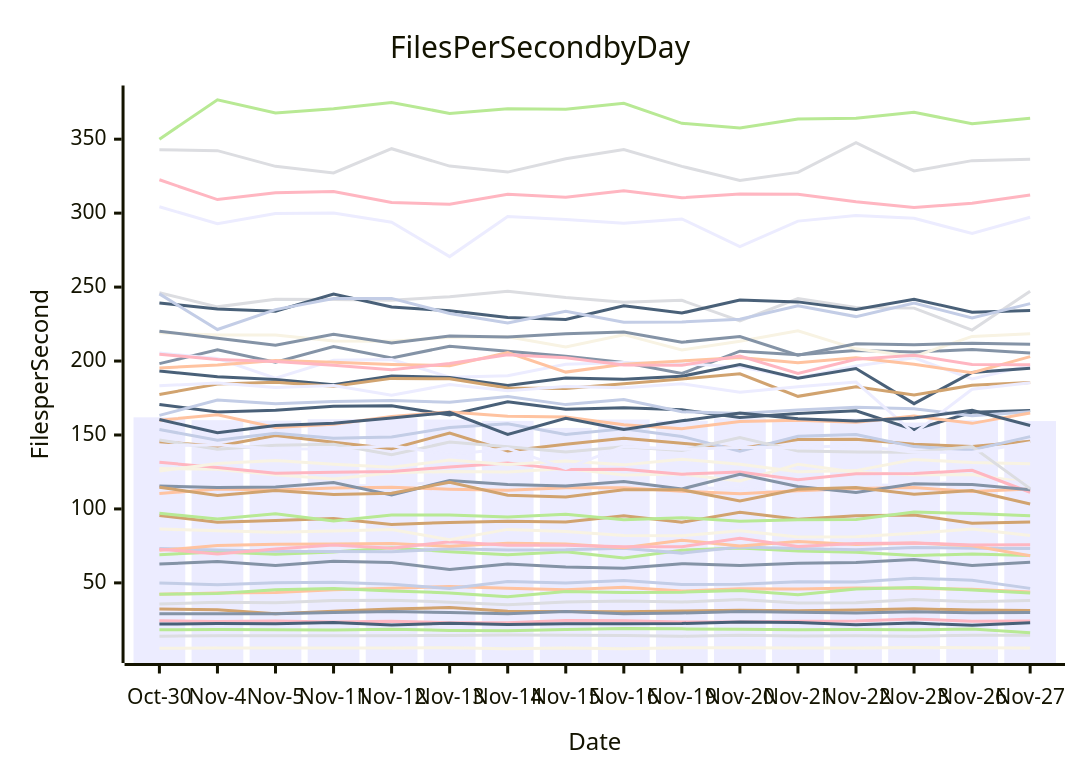
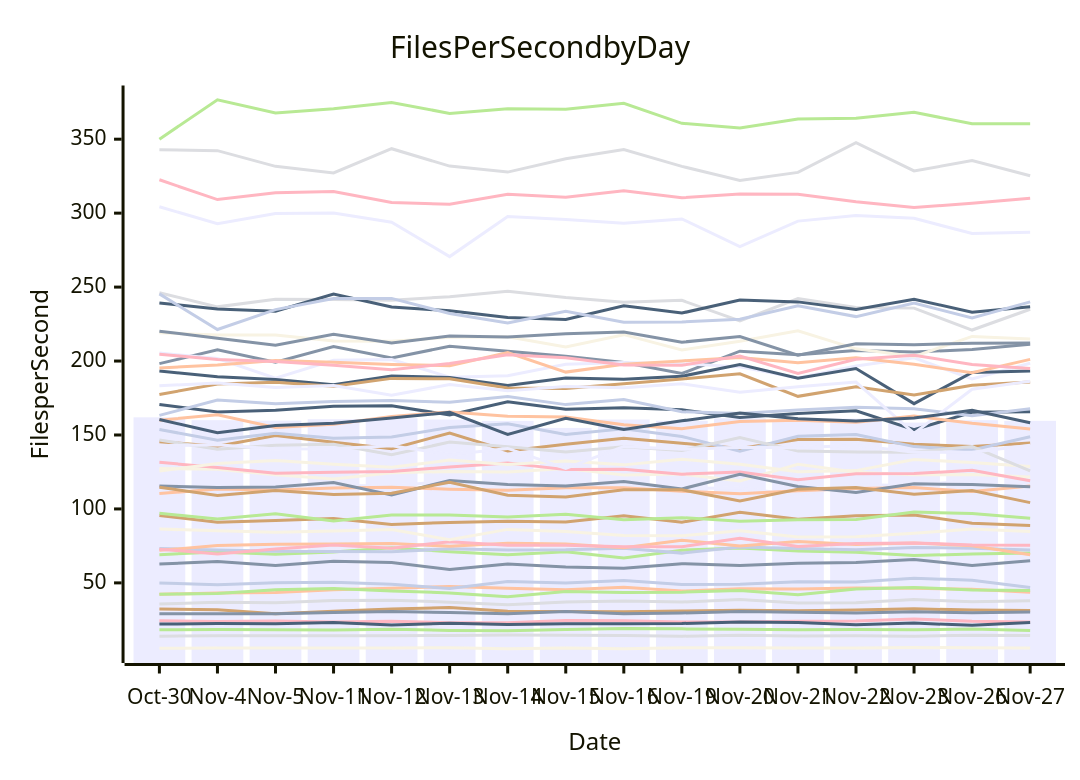
Before and after one commit to streetsidesoftware/cspell: the diagram in perf-report.md, drawn with Mermaid. The commit also changed other lines of this file and 1 other file, not shown here.

````diff
--- a/perf-report.md
+++ b/perf-report.md
@@ -10,57 +10,57 @@
 ```mermaid
 xychart-beta
     title Files Per Second by Day
     y-axis Files per Second
     x-axis Date [Oct-30, Nov-4, Nov-5, Nov-11, Nov-12, Nov-13, Nov-14, Nov-15, Nov-16, Nov-19, Nov-20, Nov-21, Nov-22, Nov-23, Nov-26, Nov-27]
-    bar [161.94, 160.02, 159.72, 160.65, 161.35, 160.47, 159.54, 154.79, 160.46, 159.61, 161.30, 160.06, 161.07, 158.38, 160.01, 159.41]
-    line [198.27, 207.58, 199.26, 209.84, 202.01, 209.99, 206.66, 203.31, 199.00, 191.59, 206.65, 204.27, 207.11, 206.14, 207.83, 205.36]
-    line [42.25, 43.22, 43.49, 45.34, 46.46, 47.61, 46.36, 45.42, 47.07, 44.45, 46.03, 45.93, 46.58, 46.39, 45.62, 43.78]
-    line [13.97, 14.18, 14.33, 14.26, 14.23, 14.49, 14.71, 14.55, 14.39, 13.95, 14.60, 14.17, 14.18, 13.95, 14.61, 14.56]
-    line [18.25, 18.44, 18.38, 18.23, 18.67, 17.83, 17.56, 18.43, 19.15, 18.91, 18.65, 18.27, 18.52, 18.27, 18.83, 16.23]
-    line [95.53, 91.04, 92.11, 93.46, 89.53, 90.84, 91.64, 91.15, 95.31, 91.02, 97.72, 93.01, 95.37, 95.97, 90.32, 91.15]
-    line [49.99, 48.68, 50.03, 50.42, 49.00, 46.22, 50.88, 49.95, 51.56, 48.83, 49.01, 50.78, 50.67, 53.20, 51.79, 46.30]
-    line [24.43, 23.95, 24.20, 23.49, 24.08, 23.00, 23.06, 24.50, 24.34, 23.62, 23.53, 24.02, 24.23, 25.56, 24.09, 24.15]
-    line [22.12, 22.59, 22.34, 23.16, 21.54, 22.68, 21.85, 22.43, 22.45, 22.56, 23.60, 23.23, 21.70, 22.82, 21.29, 23.04]
-    line [127.28, 126.86, 123.18, 120.25, 124.45, 125.35, 124.99, 127.41, 122.93, 123.56, 118.96, 130.24, 124.88, 123.12, 123.27, 117.58]
-    line [117.43, 111.89, 115.01, 116.13, 115.22, 119.08, 113.54, 116.51, 115.21, 113.92, 114.16, 109.46, 116.44, 115.65, 119.47, 117.91]
-    line [62.75, 64.51, 61.69, 64.67, 63.79, 59.02, 62.70, 60.80, 59.91, 63.00, 61.76, 63.34, 63.78, 65.76, 61.80, 63.94]
-    line [110.40, 113.53, 112.85, 114.15, 114.65, 113.36, 112.62, 114.36, 114.33, 111.99, 110.22, 112.37, 113.80, 114.46, 111.80, 113.50]
-    line [35.71, 36.86, 36.50, 38.05, 38.19, 36.99, 35.25, 37.09, 37.76, 37.04, 38.77, 36.43, 36.55, 38.70, 37.18, 38.15]
-    line [69.09, 70.86, 69.37, 70.88, 73.81, 71.09, 69.11, 71.10, 66.81, 72.11, 73.56, 71.52, 70.73, 68.53, 69.45, 68.52]
-    line [145.45, 142.42, 149.63, 145.08, 140.78, 151.35, 139.20, 143.75, 147.85, 144.42, 140.89, 146.99, 147.16, 143.68, 142.26, 145.76]
-    line [73.22, 72.23, 71.32, 71.25, 71.08, 73.06, 72.16, 72.33, 73.39, 70.13, 74.26, 73.25, 72.41, 73.90, 73.49, 73.18]
-    line [131.49, 128.05, 124.13, 124.73, 125.27, 128.39, 131.06, 126.59, 126.76, 123.53, 124.94, 119.79, 123.77, 123.92, 126.14, 111.29]
-    line [170.61, 165.61, 166.70, 169.45, 169.81, 163.46, 172.46, 167.41, 168.34, 167.09, 161.78, 164.45, 166.41, 153.59, 165.34, 166.49]
-    line [125.70, 130.73, 132.76, 130.23, 128.16, 133.01, 129.97, 132.49, 129.80, 133.61, 130.16, 125.21, 125.92, 133.37, 131.47, 130.52]
-    line [205.39, 201.71, 188.42, 200.46, 201.07, 189.10, 190.06, 197.82, 199.09, 198.24, 196.06, 188.63, 196.64, 202.22, 187.96, 197.07]
-    line [115.50, 114.45, 114.87, 117.85, 109.38, 119.29, 116.46, 115.59, 118.49, 113.54, 123.36, 115.17, 111.11, 117.00, 116.48, 112.98]
-    line [72.03, 75.21, 76.09, 76.34, 76.58, 74.79, 76.80, 76.30, 73.76, 78.85, 74.91, 77.93, 75.92, 76.91, 75.07, 68.36]
-    line [246.20, 236.64, 241.81, 241.59, 241.14, 243.55, 247.17, 242.91, 239.70, 241.02, 227.21, 242.23, 236.13, 235.78, 220.97, 247.14]
-    line [97.05, 93.17, 96.79, 91.80, 95.95, 95.87, 94.48, 96.44, 92.65, 94.10, 91.76, 92.63, 92.88, 97.96, 96.91, 95.33]
-    line [32.41, 31.83, 29.14, 30.76, 32.43, 33.35, 30.87, 30.71, 30.55, 30.97, 31.56, 31.09, 31.75, 32.47, 31.60, 31.36]
-    line [163.25, 173.61, 171.18, 172.63, 173.35, 172.14, 176.09, 170.54, 174.05, 165.70, 164.60, 166.98, 168.69, 167.81, 163.00, 165.72]
-    line [72.80, 69.62, 72.93, 75.62, 73.39, 77.86, 75.46, 75.53, 74.48, 74.42, 80.12, 74.68, 76.58, 77.00, 75.69, 75.77]
-    line [193.23, 189.38, 187.47, 183.93, 189.93, 188.83, 183.53, 188.50, 187.66, 189.71, 197.63, 188.37, 194.96, 171.19, 192.32, 195.17]
-    line [219.14, 217.54, 217.64, 213.57, 213.32, 216.11, 216.43, 209.55, 217.83, 207.54, 213.34, 220.45, 208.25, 203.01, 216.67, 218.50]
-    line [304.34, 292.89, 299.81, 300.08, 293.90, 270.62, 297.75, 295.78, 293.19, 296.08, 277.37, 294.62, 298.41, 296.48, 286.19, 297.22]
-    line [29.14, 29.07, 29.19, 29.96, 30.60, 29.98, 29.13, 30.65, 29.20, 29.66, 30.68, 30.21, 29.67, 30.46, 29.86, 29.96]
-    line [195.27, 197.35, 200.31, 199.19, 197.63, 196.85, 205.77, 192.52, 197.76, 200.10, 202.32, 198.81, 202.16, 197.78, 192.08, 202.97]
-    line [342.79, 342.26, 331.64, 327.21, 343.58, 331.81, 327.76, 336.79, 342.94, 331.62, 322.15, 327.54, 347.69, 328.52, 335.50, 336.44]
-    line [42.24, 42.88, 45.37, 46.20, 44.50, 43.23, 40.60, 44.15, 43.48, 43.70, 44.83, 41.94, 45.87, 46.91, 45.25, 43.16]
-    line [177.36, 184.49, 185.72, 182.94, 188.28, 187.98, 181.73, 181.49, 184.66, 187.81, 191.42, 176.14, 182.60, 177.02, 183.57, 185.47]
-    line [153.73, 146.39, 151.10, 147.79, 148.60, 155.08, 157.59, 150.36, 154.26, 148.98, 139.01, 149.20, 150.38, 142.14, 139.88, 148.91]
-    line [204.60, 201.12, 199.63, 197.18, 194.05, 198.31, 204.17, 202.23, 197.34, 197.09, 203.42, 191.56, 201.26, 203.88, 197.62, 197.55]
-    line [239.32, 235.17, 233.67, 245.24, 236.50, 233.98, 229.39, 228.12, 237.34, 232.45, 241.31, 240.00, 234.88, 241.77, 233.01, 234.17]
-    line [5.80, 6.05, 5.91, 5.92, 6.05, 6.23, 5.47, 5.95, 5.52, 6.13, 6.21, 6.06, 6.00, 6.29, 6.16, 6.04]
-    line [183.23, 185.22, 182.14, 183.42, 176.89, 184.07, 179.92, 182.71, 181.97, 184.63, 178.93, 182.57, 185.79, 151.12, 180.91, 185.40]
-    line [220.21, 215.36, 210.66, 218.14, 212.13, 216.95, 216.28, 218.40, 219.59, 212.75, 216.58, 203.96, 211.74, 210.99, 212.04, 211.30]
-    line [160.02, 163.60, 155.05, 157.20, 162.55, 165.62, 162.61, 162.23, 156.96, 154.28, 159.13, 159.89, 158.58, 162.75, 157.87, 164.87]
-    line [146.59, 140.40, 143.02, 143.74, 136.69, 145.20, 142.11, 138.52, 142.01, 139.48, 148.36, 139.11, 138.55, 138.37, 142.22, 113.76]
-    line [349.95, 376.67, 367.68, 370.64, 374.87, 367.41, 370.51, 370.21, 374.24, 360.74, 357.55, 363.60, 364.19, 368.22, 360.42, 364.10]
-    line [114.69, 109.15, 112.48, 109.72, 110.55, 118.02, 109.29, 108.02, 112.93, 112.97, 105.44, 113.26, 114.47, 109.88, 112.40, 103.40]
-    line [245.41, 221.31, 234.75, 242.27, 242.37, 232.19, 225.67, 233.72, 226.18, 226.48, 228.27, 237.35, 230.05, 239.20, 229.08, 238.84]
-    line [322.55, 309.17, 313.73, 314.69, 307.18, 306.00, 312.70, 310.78, 315.06, 310.37, 312.90, 312.74, 307.69, 303.77, 306.69, 312.34]
-    line [160.48, 151.46, 156.36, 158.02, 161.56, 165.28, 150.34, 161.29, 153.65, 159.58, 164.91, 160.94, 159.52, 161.45, 166.78, 156.44]
-    line [86.40, 85.26, 84.18, 85.13, 86.07, 79.22, 86.18, 84.80, 82.10, 81.80, 85.25, 80.99, 81.28, 83.53, 86.46, 82.01]
-    line [142.74, 143.48, 140.52, 140.72, 142.75, 136.72, 140.92, 127.38, 142.26, 140.32, 141.64, 141.43, 143.12, 138.28, 138.39, 144.77]
+    bar [161.94, 160.02, 159.72, 160.65, 161.35, 160.47, 159.54, 154.79, 160.46, 159.61, 161.30, 160.06, 161.07, 158.38, 160.01, 159.58]
+    line [198.27, 207.58, 199.26, 209.84, 202.01, 209.99, 206.66, 203.31, 199.00, 191.59, 206.65, 204.27, 207.11, 206.14, 207.83, 211.36]
+    line [42.25, 43.22, 43.49, 45.34, 46.46, 47.61, 46.36, 45.42, 47.07, 44.45, 46.03, 45.93, 46.58, 46.39, 45.62, 43.73]
+    line [13.97, 14.18, 14.33, 14.26, 14.23, 14.49, 14.71, 14.55, 14.39, 13.95, 14.60, 14.17, 14.18, 13.95, 14.61, 14.36]
+    line [18.25, 18.44, 18.38, 18.23, 18.67, 17.83, 17.56, 18.43, 19.15, 18.91, 18.65, 18.27, 18.52, 18.27, 18.83, 17.89]
+    line [95.53, 91.04, 92.11, 93.46, 89.53, 90.84, 91.64, 91.15, 95.31, 91.02, 97.72, 93.01, 95.37, 95.97, 90.32, 88.82]
+    line [49.99, 48.68, 50.03, 50.42, 49.00, 46.22, 50.88, 49.95, 51.56, 48.83, 49.01, 50.78, 50.67, 53.20, 51.79, 46.91]
+    line [24.43, 23.95, 24.20, 23.49, 24.08, 23.00, 23.06, 24.50, 24.34, 23.62, 23.53, 24.02, 24.23, 25.56, 24.09, 23.61]
+    line [22.12, 22.59, 22.34, 23.16, 21.54, 22.68, 21.85, 22.43, 22.45, 22.56, 23.60, 23.23, 21.70, 22.82, 21.29, 23.19]
+    line [127.28, 126.86, 123.18, 120.25, 124.45, 125.35, 124.99, 127.41, 122.93, 123.56, 118.96, 130.24, 124.88, 123.12, 123.27, 121.53]
+    line [117.43, 111.89, 115.01, 116.13, 115.22, 119.08, 113.54, 116.51, 115.21, 113.92, 114.16, 109.46, 116.44, 115.65, 119.47, 111.75]
+    line [62.75, 64.51, 61.69, 64.67, 63.79, 59.02, 62.70, 60.80, 59.91, 63.00, 61.76, 63.34, 63.78, 65.76, 61.80, 65.04]
+    line [110.40, 113.53, 112.85, 114.15, 114.65, 113.36, 112.62, 114.36, 114.33, 111.99, 110.22, 112.37, 113.80, 114.46, 111.80, 115.54]
+    line [35.71, 36.86, 36.50, 38.05, 38.19, 36.99, 35.25, 37.09, 37.76, 37.04, 38.77, 36.43, 36.55, 38.70, 37.18, 37.91]
+    line [69.09, 70.86, 69.37, 70.88, 73.81, 71.09, 69.11, 71.10, 66.81, 72.11, 73.56, 71.52, 70.73, 68.53, 69.45, 70.15]
+    line [145.45, 142.42, 149.63, 145.08, 140.78, 151.35, 139.20, 143.75, 147.85, 144.42, 140.89, 146.99, 147.16, 143.68, 142.26, 144.54]
+    line [73.22, 72.23, 71.32, 71.25, 71.08, 73.06, 72.16, 72.33, 73.39, 70.13, 74.26, 73.25, 72.41, 73.90, 73.49, 72.22]
+    line [131.49, 128.05, 124.13, 124.73, 125.27, 128.39, 131.06, 126.59, 126.76, 123.53, 124.94, 119.79, 123.77, 123.92, 126.14, 119.02]
+    line [170.61, 165.61, 166.70, 169.45, 169.81, 163.46, 172.46, 167.41, 168.34, 167.09, 161.78, 164.45, 166.41, 153.59, 165.34, 165.67]
+    line [125.70, 130.73, 132.76, 130.23, 128.16, 133.01, 129.97, 132.49, 129.80, 133.61, 130.16, 125.21, 125.92, 133.37, 131.47, 128.67]
+    line [205.39, 201.71, 188.42, 200.46, 201.07, 189.10, 190.06, 197.82, 199.09, 198.24, 196.06, 188.63, 196.64, 202.22, 187.96, 198.55]
+    line [115.50, 114.45, 114.87, 117.85, 109.38, 119.29, 116.46, 115.59, 118.49, 113.54, 123.36, 115.17, 111.11, 117.00, 116.48, 115.01]
+    line [72.03, 75.21, 76.09, 76.34, 76.58, 74.79, 76.80, 76.30, 73.76, 78.85, 74.91, 77.93, 75.92, 76.91, 75.07, 69.04]
+    line [246.20, 236.64, 241.81, 241.59, 241.14, 243.55, 247.17, 242.91, 239.70, 241.02, 227.21, 242.23, 236.13, 235.78, 220.97, 235.03]
+    line [97.05, 93.17, 96.79, 91.80, 95.95, 95.87, 94.48, 96.44, 92.65, 94.10, 91.76, 92.63, 92.88, 97.96, 96.91, 93.71]
+    line [32.41, 31.83, 29.14, 30.76, 32.43, 33.35, 30.87, 30.71, 30.55, 30.97, 31.56, 31.09, 31.75, 32.47, 31.60, 31.29]
+    line [163.25, 173.61, 171.18, 172.63, 173.35, 172.14, 176.09, 170.54, 174.05, 165.70, 164.60, 166.98, 168.69, 167.81, 163.00, 167.77]
+    line [72.80, 69.62, 72.93, 75.62, 73.39, 77.86, 75.46, 75.53, 74.48, 74.42, 80.12, 74.68, 76.58, 77.00, 75.69, 75.42]
+    line [193.23, 189.38, 187.47, 183.93, 189.93, 188.83, 183.53, 188.50, 187.66, 189.71, 197.63, 188.37, 194.96, 171.19, 192.32, 193.35]
+    line [219.14, 217.54, 217.64, 213.57, 213.32, 216.11, 216.43, 209.55, 217.83, 207.54, 213.34, 220.45, 208.25, 203.01, 216.67, 214.83]
+    line [304.34, 292.89, 299.81, 300.08, 293.90, 270.62, 297.75, 295.78, 293.19, 296.08, 277.37, 294.62, 298.41, 296.48, 286.19, 287.16]
+    line [29.14, 29.07, 29.19, 29.96, 30.60, 29.98, 29.13, 30.65, 29.20, 29.66, 30.68, 30.21, 29.67, 30.46, 29.86, 30.27]
+    line [195.27, 197.35, 200.31, 199.19, 197.63, 196.85, 205.77, 192.52, 197.76, 200.10, 202.32, 198.81, 202.16, 197.78, 192.08, 201.14]
+    line [342.79, 342.26, 331.64, 327.21, 343.58, 331.81, 327.76, 336.79, 342.94, 331.62, 322.15, 327.54, 347.69, 328.52, 335.50, 325.24]
+    line [42.24, 42.88, 45.37, 46.20, 44.50, 43.23, 40.60, 44.15, 43.48, 43.70, 44.83, 41.94, 45.87, 46.91, 45.25, 44.81]
+    line [177.36, 184.49, 185.72, 182.94, 188.28, 187.98, 181.73, 181.49, 184.66, 187.81, 191.42, 176.14, 182.60, 177.02, 183.57, 185.88]
+    line [153.73, 146.39, 151.10, 147.79, 148.60, 155.08, 157.59, 150.36, 154.26, 148.98, 139.01, 149.20, 150.38, 142.14, 139.88, 148.79]
+    line [204.60, 201.12, 199.63, 197.18, 194.05, 198.31, 204.17, 202.23, 197.34, 197.09, 203.42, 191.56, 201.26, 203.88, 197.62, 194.95]
+    line [239.32, 235.17, 233.67, 245.24, 236.50, 233.98, 229.39, 228.12, 237.34, 232.45, 241.31, 240.00, 234.88, 241.77, 233.01, 236.65]
+    line [5.80, 6.05, 5.91, 5.92, 6.05, 6.23, 5.47, 5.95, 5.52, 6.13, 6.21, 6.06, 6.00, 6.29, 6.16, 5.98]
+    line [183.23, 185.22, 182.14, 183.42, 176.89, 184.07, 179.92, 182.71, 181.97, 184.63, 178.93, 182.57, 185.79, 151.12, 180.91, 186.27]
+    line [220.21, 215.36, 210.66, 218.14, 212.13, 216.95, 216.28, 218.40, 219.59, 212.75, 216.58, 203.96, 211.74, 210.99, 212.04, 212.25]
+    line [160.02, 163.60, 155.05, 157.20, 162.55, 165.62, 162.61, 162.23, 156.96, 154.28, 159.13, 159.89, 158.58, 162.75, 157.87, 154.11]
+    line [146.59, 140.40, 143.02, 143.74, 136.69, 145.20, 142.11, 138.52, 142.01, 139.48, 148.36, 139.11, 138.55, 138.37, 142.22, 125.75]
+    line [349.95, 376.67, 367.68, 370.64, 374.87, 367.41, 370.51, 370.21, 374.24, 360.74, 357.55, 363.60, 364.19, 368.22, 360.42, 360.44]
+    line [114.69, 109.15, 112.48, 109.72, 110.55, 118.02, 109.29, 108.02, 112.93, 112.97, 105.44, 113.26, 114.47, 109.88, 112.40, 104.29]
+    line [245.41, 221.31, 234.75, 242.27, 242.37, 232.19, 225.67, 233.72, 226.18, 226.48, 228.27, 237.35, 230.05, 239.20, 229.08, 240.04]
+    line [322.55, 309.17, 313.73, 314.69, 307.18, 306.00, 312.70, 310.78, 315.06, 310.37, 312.90, 312.74, 307.69, 303.77, 306.69, 310.08]
+    line [160.48, 151.46, 156.36, 158.02, 161.56, 165.28, 150.34, 161.29, 153.65, 159.58, 164.91, 160.94, 159.52, 161.45, 166.78, 158.25]
+    line [86.40, 85.26, 84.18, 85.13, 86.07, 79.22, 86.18, 84.80, 82.10, 81.80, 85.25, 80.99, 81.28, 83.53, 86.46, 84.83]
+    line [142.74, 143.48, 140.52, 140.72, 142.75, 136.72, 140.92, 127.38, 142.26, 140.32, 141.64, 141.43, 143.12, 138.28, 138.39, 142.99]
 ```
````
